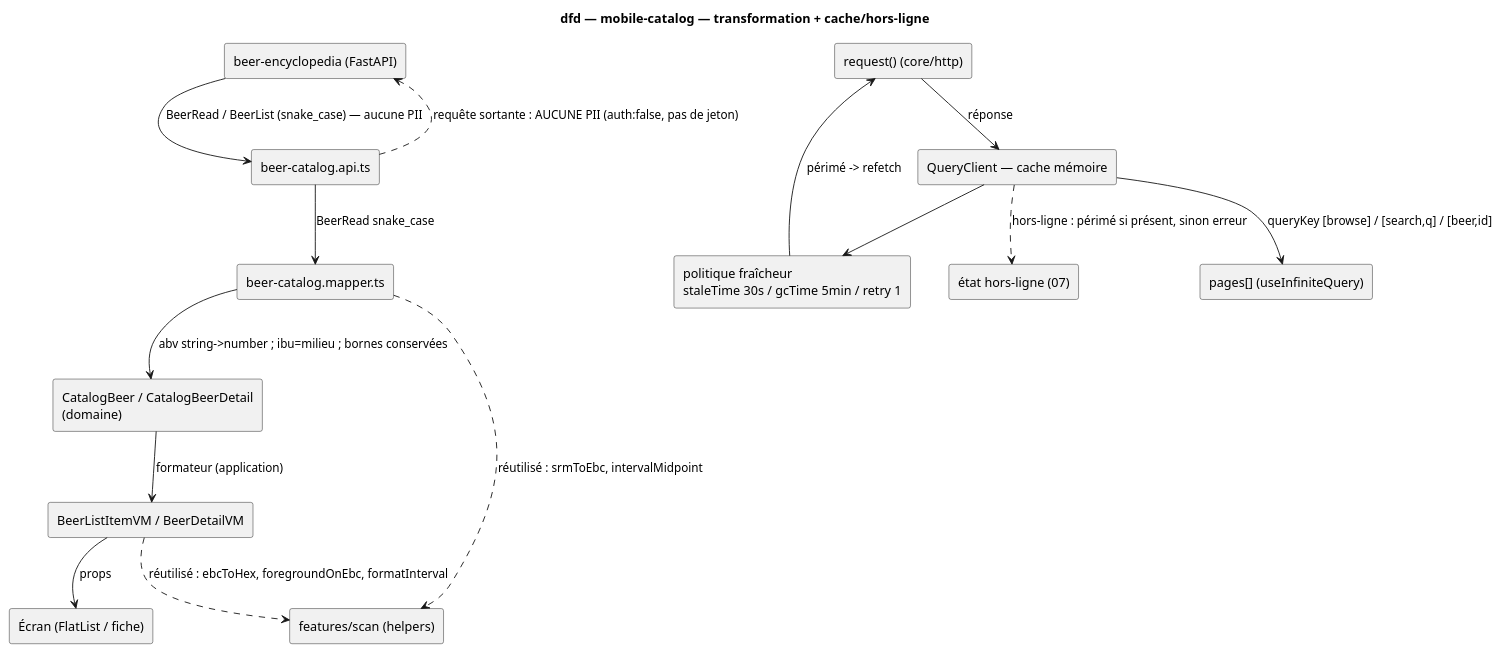
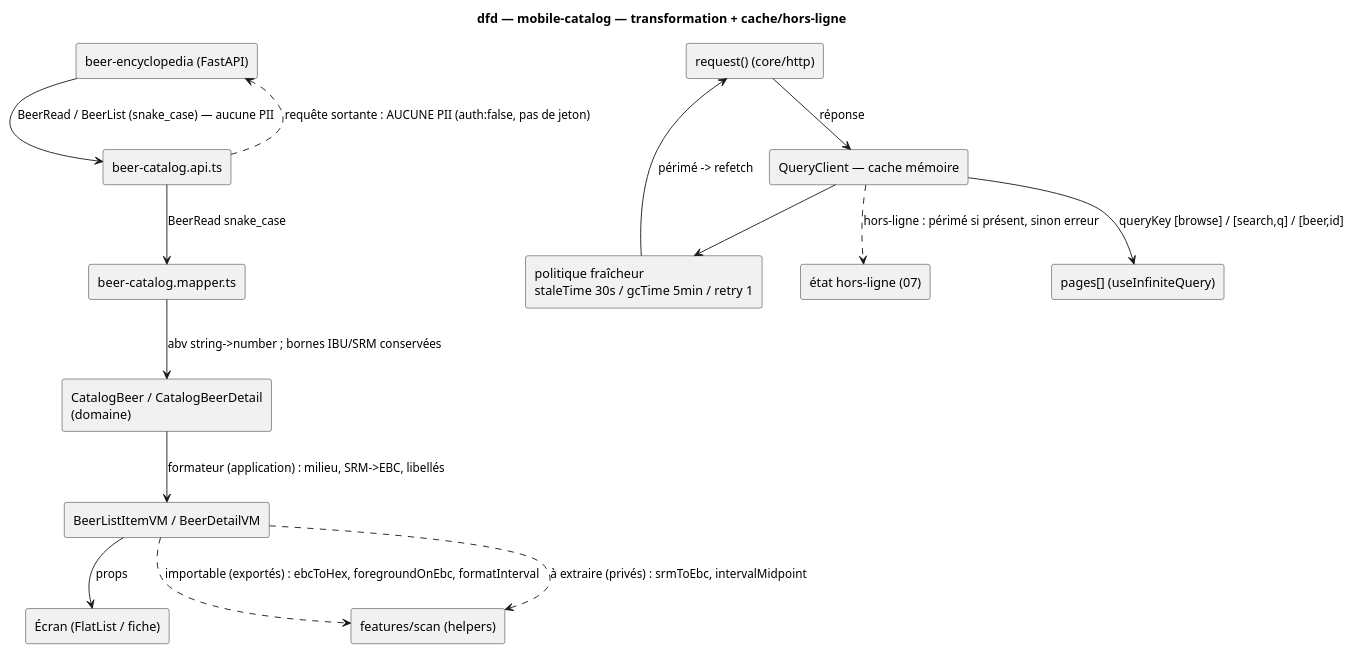
One commit to benoit-bremaud/brasse-bouillon changed the third of 3 diagrams in docs/architecture/diagrams/mobile-catalog/11-data-flow.md. Above: the diagram before and after it, drawn with PlantUML. The commit also changed other lines of this file and 6 other files, not shown here.

````diff
--- a/docs/architecture/diagrams/mobile-catalog/11-data-flow.md
+++ b/docs/architecture/diagrams/mobile-catalog/11-data-flow.md
@@ -47,35 +47,35 @@
 ```plantuml
 @startuml
 title dfd — mobile-catalog — transformation + cache/hors-ligne
 skinparam shadowing false
 
 rectangle "beer-encyclopedia (FastAPI)" as E
 rectangle "beer-catalog.api.ts" as Api
 rectangle "beer-catalog.mapper.ts" as Mapper
 rectangle "CatalogBeer / CatalogBeerDetail\n(domaine)" as Domain
 rectangle "BeerListItemVM / BeerDetailVM" as VM
 rectangle "Écran (FlatList / fiche)" as Screen
 rectangle "features/scan (helpers)" as ScanUtil
 
 E --> Api : "BeerRead / BeerList (snake_case) — aucune PII"
 Api --> Mapper : "BeerRead snake_case"
-Mapper --> Domain : "abv string->number ; ibu=milieu ; bornes conservées"
-Domain --> VM : "formateur (application)"
+Mapper --> Domain : "abv string->number ; bornes IBU/SRM conservées"
+Domain --> VM : "formateur (application) : milieu, SRM->EBC, libellés"
 VM --> Screen : "props"
-Mapper ..> ScanUtil : "réutilisé : srmToEbc, intervalMidpoint"
-VM ..> ScanUtil : "réutilisé : ebcToHex, foregroundOnEbc, formatInterval"
+VM ..> ScanUtil : "importable (exportés) : ebcToHex, foregroundOnEbc, formatInterval"
+VM ..> ScanUtil : "à extraire (privés) : srmToEbc, intervalMidpoint"
 Api ..> E : "requête sortante : AUCUNE PII (auth:false, pas de jeton)"
 
 rectangle "request() (core/http)" as Req
 rectangle "QueryClient — cache mémoire" as Cache
 rectangle "pages[] (useInfiniteQuery)" as Pages
 rectangle "politique fraîcheur\nstaleTime 30s / gcTime 5min / retry 1" as Policy
 rectangle "état hors-ligne (07)" as Offline
 
 Req --> Cache : "réponse"
 Cache --> Pages : "queryKey [browse] / [search,q] / [beer,id]"
 Cache --> Policy
 Policy --> Req : "périmé -> refetch"
 Cache ..> Offline : "hors-ligne : périmé si présent, sinon erreur"
 @enduml
 ```
````
